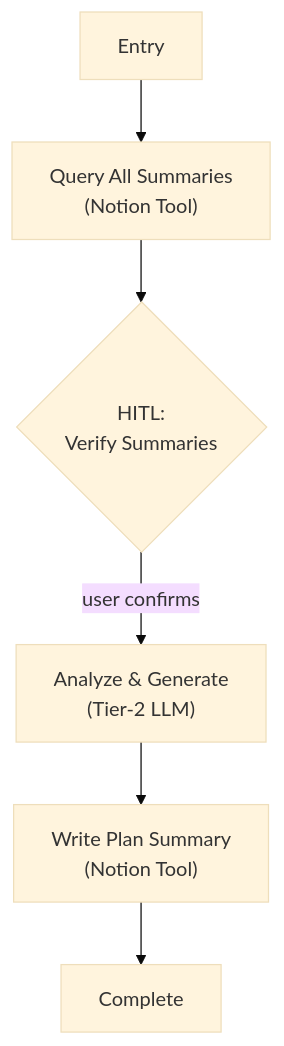
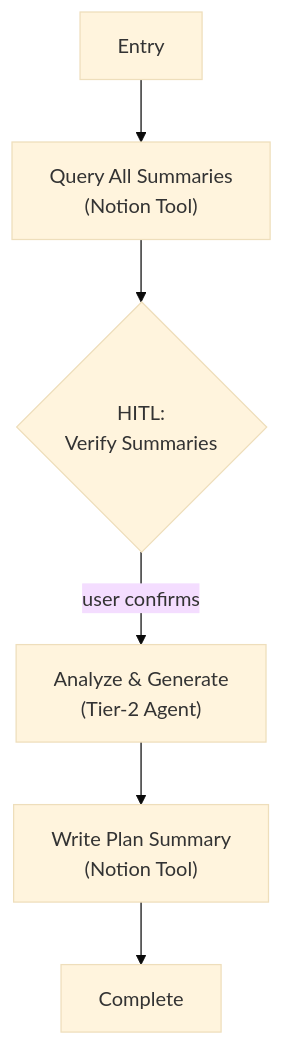
Before and after one commit to faolitarna/weekforge: the diagram in specs/steps/step-4-terminal-review.md, drawn with Mermaid (base theme). The commit also changed other lines of this file and 21 other files, not shown here.

````diff
--- a/specs/steps/step-4-terminal-review.md
+++ b/specs/steps/step-4-terminal-review.md
@@ -27,8 +28,8 @@
 ```mermaid
 graph TD
     A["Entry"] --> B["Query All Summaries\n(Notion Tool)"]
     B --> C{"HITL:\nVerify Summaries"}
-    C -->|"user confirms"| D["Analyze & Generate\n(Tier-2 LLM)"]
+    C -->|"user confirms"| D["Analyze & Generate\n(Tier-2 Agent)"]
     D --> E["Write Plan Summary\n(Notion Tool)"]
     E --> F["Complete"]
 ```
````
